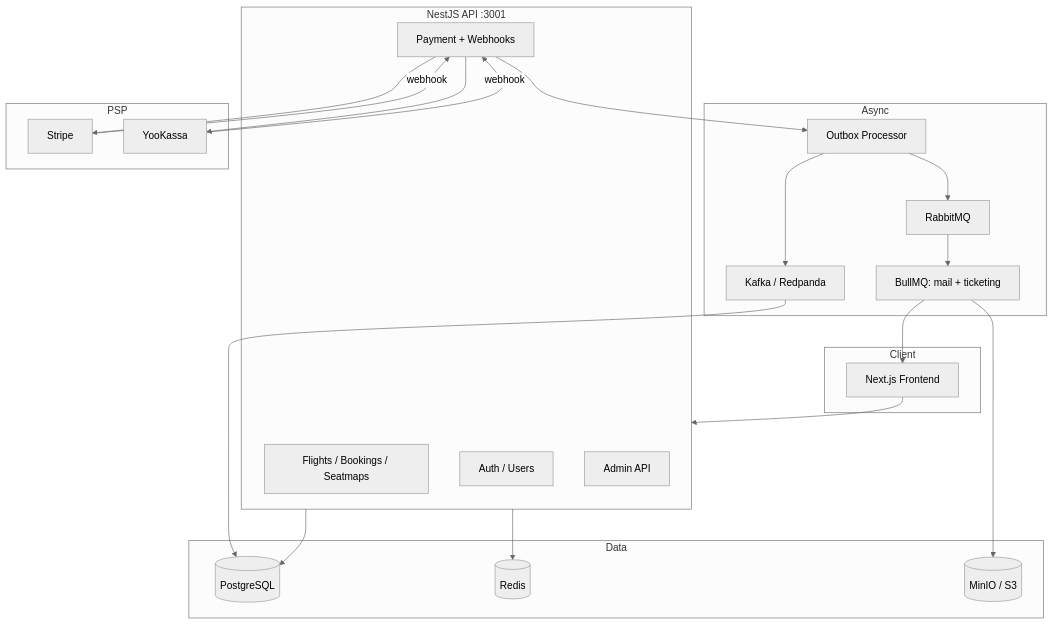
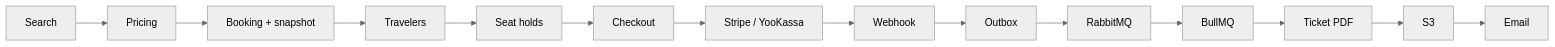
Before and after one commit to KLIFF1218/flights-booking-backend: the second of 3 diagrams in README.md, drawn with Mermaid (neutral theme). The commit also changed other lines of this file and 4 other files, not shown here.

````diff
--- a/README.md
+++ b/README.md
@@ -121,43 +60,16 @@
 ```mermaid
-flowchart TB
-  subgraph Client
-    FE[Next.js Frontend]
-  end
-
-  subgraph API["NestJS API :3001"]
-    FL[Flights / Bookings / Seatmaps]
-    PAY[Payment + Webhooks]
-    AUTH[Auth / Users]
-    ADM[Admin API]
-  end
-
-  subgraph Data
-    PG[(PostgreSQL)]
-    RD[(Redis)]
-    S3[(MinIO / S3)]
-  end
-
-  subgraph Async
-    OB[Outbox Processor]
-    RMQ[RabbitMQ]
-    KFK[Kafka / Redpanda]
-    BQ[BullMQ: mail + ticketing]
-  end
-
-  subgraph PSP
-    STR[Stripe]
-    YK[YooKassa]
-  end
-
-  FE --> API
-  API --> PG
-  API --> RD
-  PAY --> STR & YK
-  STR & YK -->|webhook| PAY
-  PAY --> OB
-  OB --> RMQ & KFK
-  RMQ --> BQ
-  BQ --> S3
-  BQ --> FE
-  KFK --> PG
+flowchart LR
+  S[Search] --> P[Pricing]
+  P --> B[Booking + snapshot]
+  B --> T[Travelers]
+  T --> H[Seat holds]
+  H --> C[Checkout]
+  C --> PP[Stripe / YooKassa]
+  PP --> WH[Webhook]
+  WH --> OB[Outbox]
+  OB --> RMQ[RabbitMQ]
+  RMQ --> BQ[BullMQ]
+  BQ --> PDF[Ticket PDF]
+  PDF --> S3[S3]
+  S3 --> EM[Email]
 ```
````
